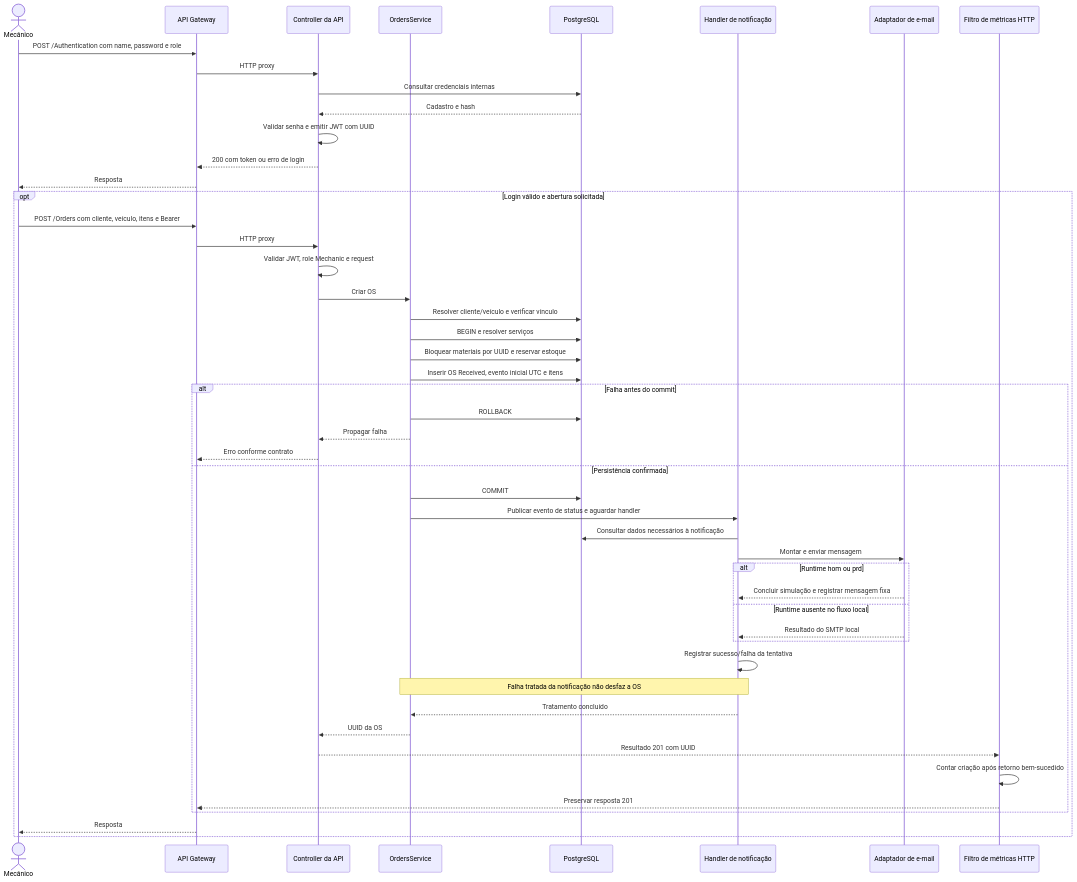
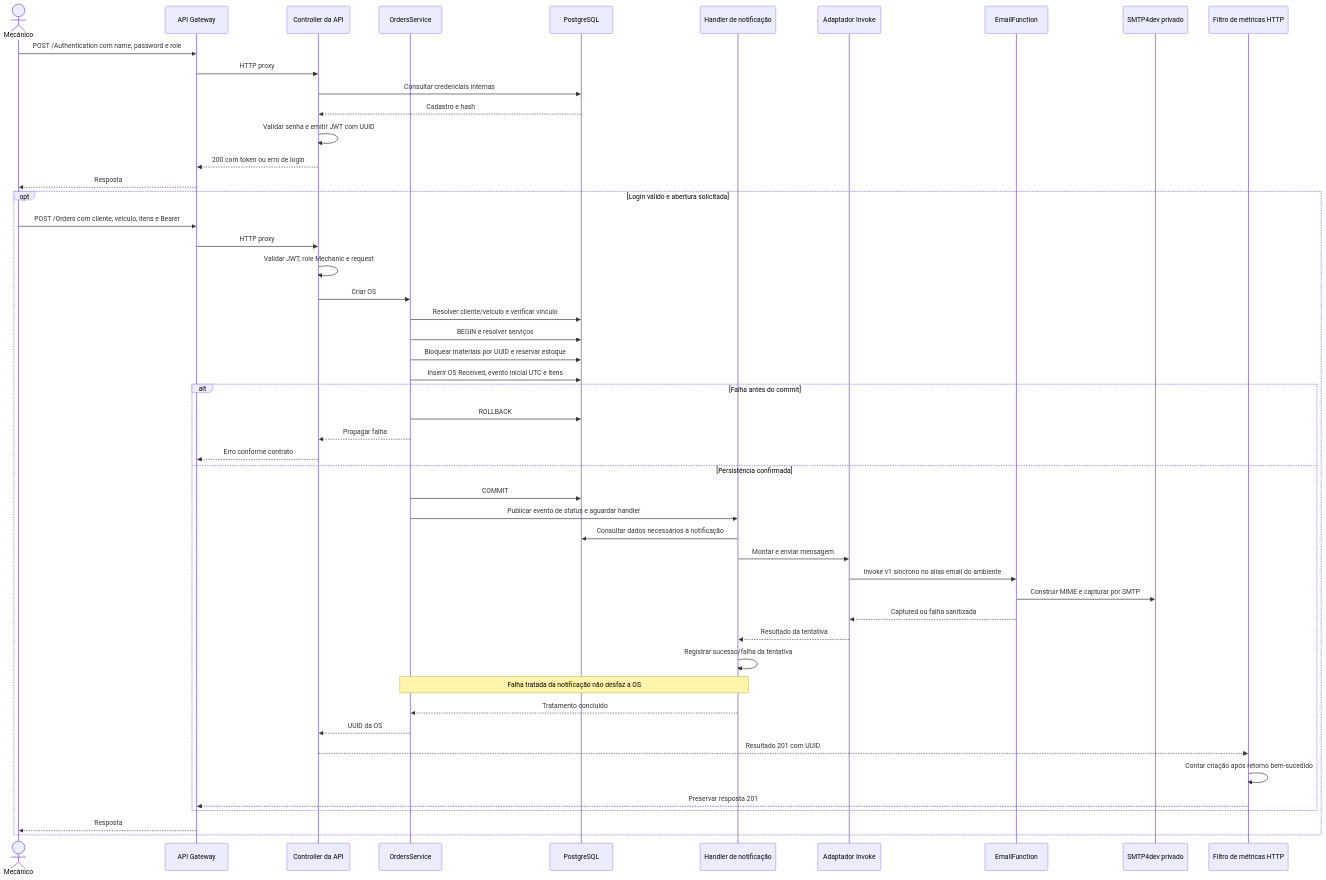
The diagram in docs/arquitetura/diagramas/ABERTURA_OS.md (pknfelps/GerenciamentoMecanicaSistema), drawn with Mermaid before and after one commit. The commit also changed other lines of this file and 70 other files, not shown here.

Commit message:
Atualizados schemas do postman

````diff
--- a/docs/arquitetura/diagramas/ABERTURA_OS.md
+++ b/docs/arquitetura/diagramas/ABERTURA_OS.md
@@ -7,51 +7,52 @@
 ```mermaid
 sequenceDiagram
     actor M as Mecânico
     participant G as API Gateway
     participant A as Controller da API
     participant S as OrdersService
     participant D as PostgreSQL
     participant N as Handler de notificação
-    participant E as Adaptador de e-mail
+    participant E as Adaptador Invoke
+    participant L as EmailFunction
+    participant P as SMTP4dev privado
     participant F as Filtro de métricas HTTP
     M->>G: POST /Authentication com name, password e role
     G->>A: HTTP proxy
     A->>D: Consultar credenciais internas
     D-->>A: Cadastro e hash
     A->>A: Validar senha e emitir JWT com UUID
     A-->>G: 200 com token ou erro de login
     G-->>M: Resposta
     opt Login válido e abertura solicitada
         M->>G: POST /Orders com cliente, veículo, itens e Bearer
         G->>A: HTTP proxy
         A->>A: Validar JWT, role Mechanic e request
         A->>S: Criar OS
         S->>D: Resolver cliente/veículo e verificar vínculo
         S->>D: BEGIN e resolver serviços
         S->>D: Bloquear materiais por UUID e reservar estoque
         S->>D: Inserir OS Received, evento inicial UTC e itens
         alt Falha antes do commit
             S->>D: ROLLBACK
             S-->>A: Propagar falha
             A-->>G: Erro conforme contrato
         else Persistência confirmada
             S->>D: COMMIT
             S->>N: Publicar evento de status e aguardar handler
             N->>D: Consultar dados necessários à notificação
             N->>E: Montar e enviar mensagem
-            alt Runtime hom ou prd
-                E-->>N: Concluir simulação e registrar mensagem fixa
-            else Runtime ausente no fluxo local
-                E-->>N: Resultado do SMTP local
-            end
+            E->>L: Invoke v1 sincrono no alias email do ambiente
+            L->>P: Construir MIME e capturar por SMTP
+            L-->>E: Captured ou falha sanitizada
+            E-->>N: Resultado da tentativa
             N->>N: Registrar sucesso/falha da tentativa
             Note over N,S: Falha tratada da notificação não desfaz a OS
             N-->>S: Tratamento concluído
             S-->>A: UUID da OS
             A-->>F: Resultado 201 com UUID
             F->>F: Contar criação após retorno bem-sucedido
             F-->>G: Preservar resposta 201
         end
         G-->>M: Resposta
     end
 ```
````
